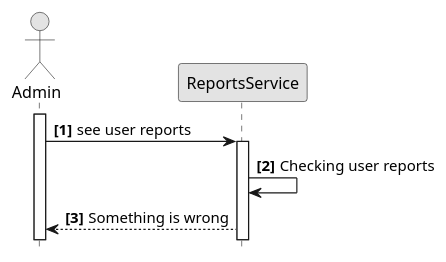
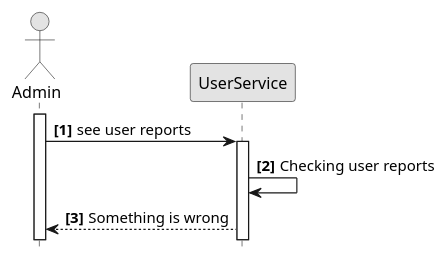
Before and after one commit to converge-app/diagrams: the diagram in src/software-architecture/sequence/cloud-native-tooling/user-reports.pu, drawn with PlantUML. The commit also changed 2 other files, not shown here.

Commit message:
added diagrams

```diff
--- a/src/software-architecture/sequence/cloud-native-tooling/user-reports.pu
+++ b/src/software-architecture/sequence/cloud-native-tooling/user-reports.pu
@@ -1,17 +1,17 @@
 @startuml
 hide footbox
 autonumber "<b>[0]"
 skinparam monochrome true
 
 actor Admin
-participant ReportsService
+participant UserService
 
 activate Admin
-Admin -> ReportsService: see user reports
+Admin -> UserService: see user reports
 
-activate ReportsService
-ReportsService -> ReportsService: Checking user reports
-ReportsService --> Admin: Something is wrong
+activate UserService
+UserService -> UserService: Checking user reports
+UserService --> Admin: Something is wrong
 
 
 @enduml
```
